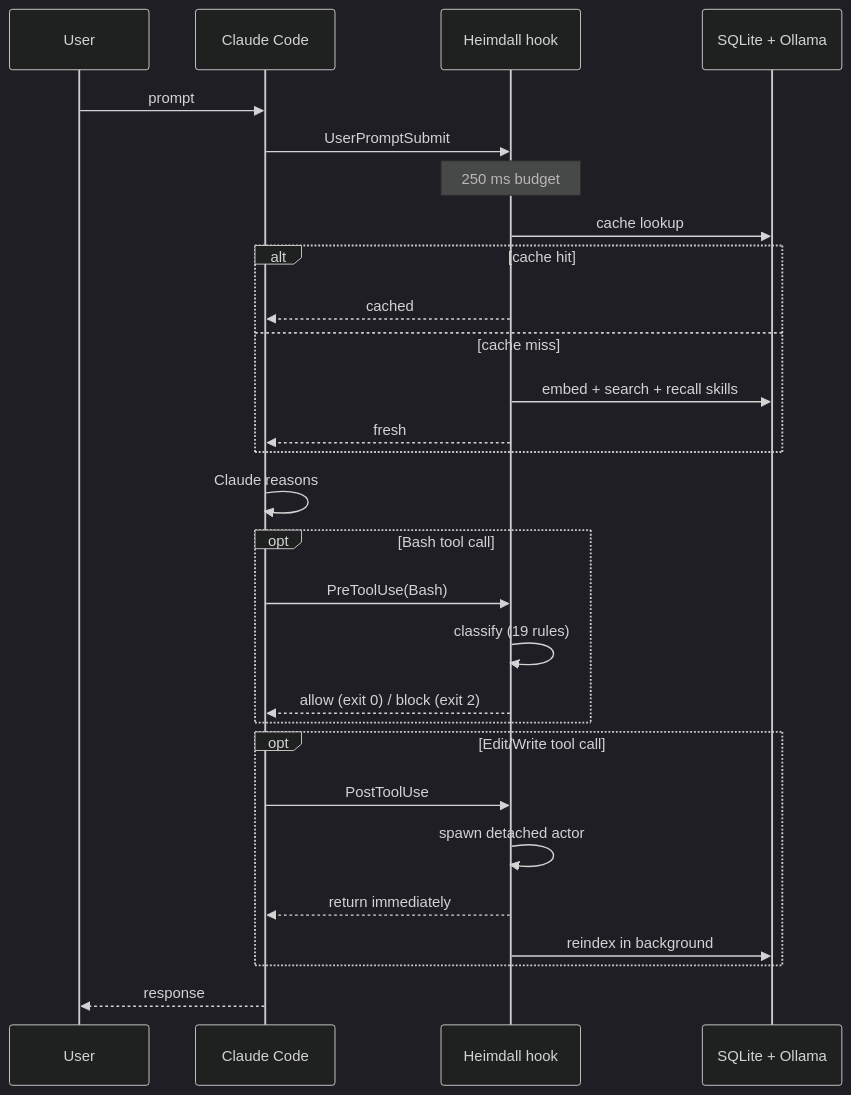
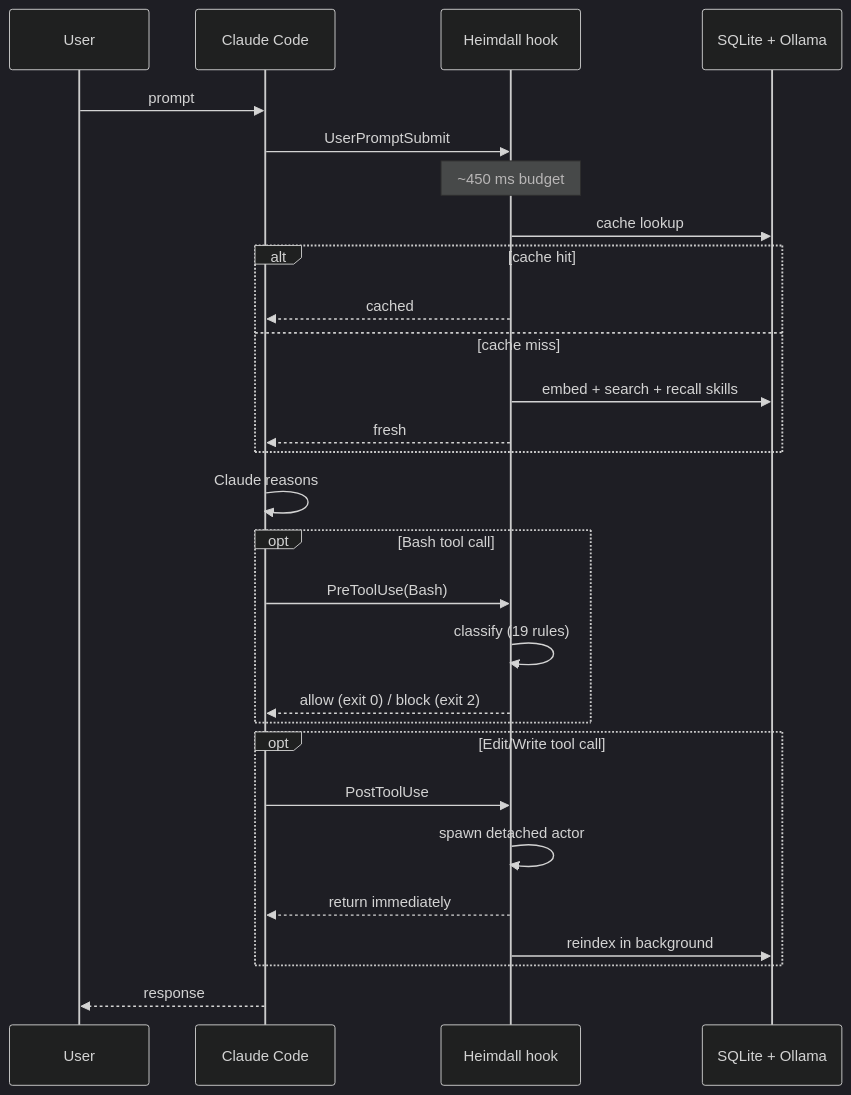
Before and after one commit to revprism-dev-bot/heimdall-mcp: the second of 2 diagrams in README.md, drawn with Mermaid (dark theme). The commit also changed other lines of this file, not shown here.

````diff
--- a/README.md
+++ b/README.md
@@ -54,31 +54,31 @@
 ```mermaid
 sequenceDiagram
     participant U as User
     participant CC as Claude Code
     participant H as Heimdall hook
     participant DB as SQLite + Ollama
 
     U->>CC: prompt
     CC->>H: UserPromptSubmit
-    Note over H: 250 ms budget
+    Note over H: ~450 ms budget
     H->>DB: cache lookup
     alt cache hit
         H-->>CC: cached ## Heimdall context
     else cache miss
         H->>DB: embed + search + recall skills
         H-->>CC: fresh ## Heimdall context
     end
     CC->>CC: Claude reasons
     opt Bash tool call
         CC->>H: PreToolUse(Bash)
         H->>H: classify (19 rules)
         H-->>CC: allow (exit 0) / block (exit 2)
     end
     opt Edit/Write tool call
         CC->>H: PostToolUse
         H->>H: spawn detached actor
         H-->>CC: return immediately
         H->>DB: reindex in background
     end
     CC-->>U: response
 ```
````
